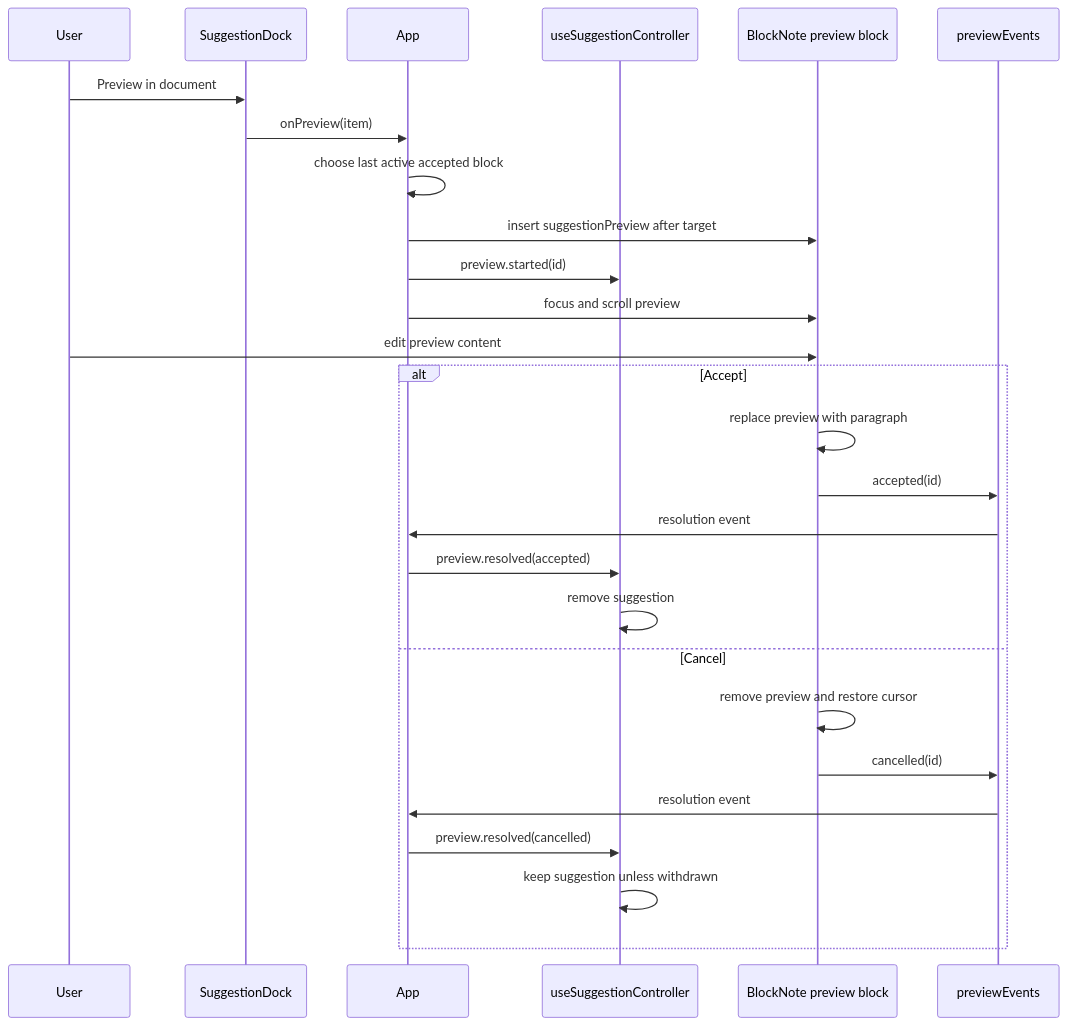
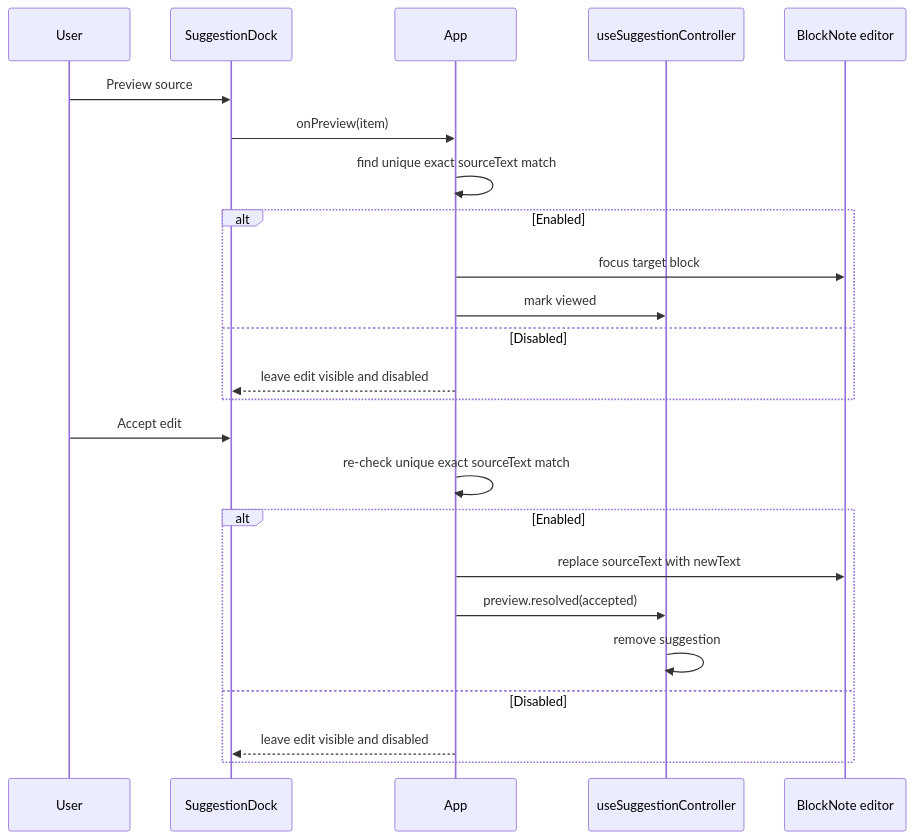
One commit to bitshielddev/writing-app changed the first of 2 diagrams in docs/editor-and-suggestions.md. Above: the diagram before and after it, drawn with Mermaid. The commit also changed other lines of this file and 36 other files, not shown here.

````diff
--- a/docs/editor-and-suggestions.md
+++ b/docs/editor-and-suggestions.md
@@ -101,30 +96,27 @@
 ```mermaid
 sequenceDiagram
     participant User
     participant Dock as SuggestionDock
     participant App
     participant Inbox as useSuggestionController
-    participant Editor as BlockNote preview block
-    participant Bridge as previewEvents
+    participant Editor as BlockNote editor
 
-    User->>Dock: Preview in document
+    User->>Dock: Preview source
     Dock->>App: onPreview(item)
-    App->>App: choose last active accepted block
-    App->>Editor: insert suggestionPreview after target
-    App->>Inbox: preview.started(id)
-    App->>Editor: focus and scroll preview
-    User->>Editor: edit preview content
-    alt Accept
-        Editor->>Editor: replace preview with paragraph
-        Editor->>Bridge: accepted(id)
-        Bridge->>App: resolution event
+    App->>App: find unique exact sourceText match
+    alt Enabled
+        App->>Editor: focus target block
+        App->>Inbox: mark viewed
+    else Disabled
+        App-->>Dock: leave edit visible and disabled
+    end
+    User->>Dock: Accept edit
+    App->>App: re-check unique exact sourceText match
+    alt Enabled
+        App->>Editor: replace sourceText with newText
         App->>Inbox: preview.resolved(accepted)
         Inbox->>Inbox: remove suggestion
-    else Cancel
-        Editor->>Editor: remove preview and restore cursor
-        Editor->>Bridge: cancelled(id)
-        Bridge->>App: resolution event
-        App->>Inbox: preview.resolved(cancelled)
-        Inbox->>Inbox: keep suggestion unless withdrawn
+    else Disabled
+        App-->>Dock: leave edit visible and disabled
     end
 ```
````
